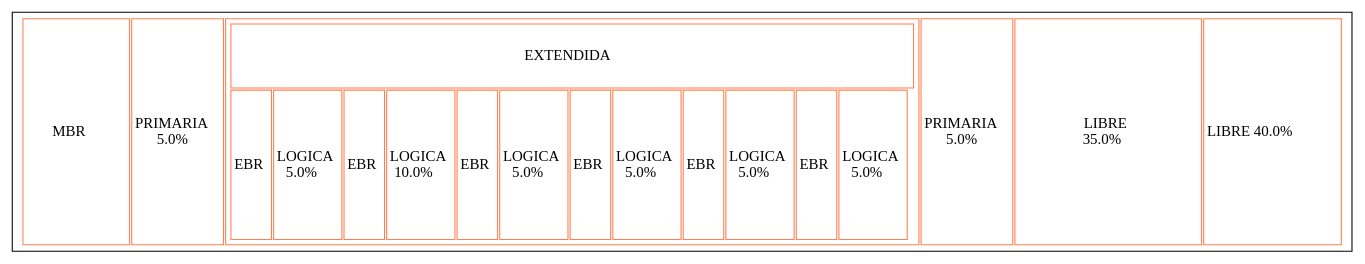
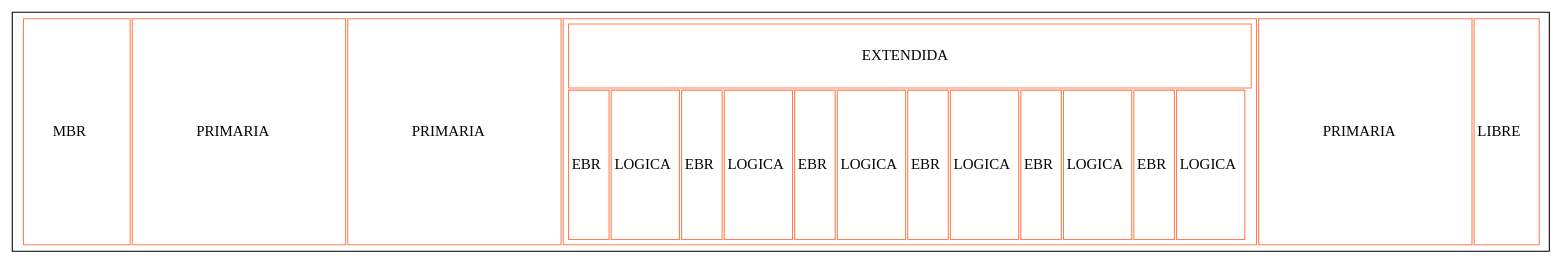
The diagram in graficaDisco.dot (xJosee/SistemaArchivos), drawn with Graphviz before and after one commit. The commit also changed 4 other files, not shown here.

```diff
--- a/graficaDisco.dot
+++ b/graficaDisco.dot
@@ -1,35 +1,34 @@
 digraph G{
   tbl [
     shape=box
     label=<
      <table border='0' cellborder='1' width='600' height='200' color='coral'>
      <tr>
-     <td height='200' width='100'> MBR </td>
-     <td height='200' width='25.0'>PRIMARIA <br/>  5.0%</td>
-     <td  height='200' width='50.0'>
-     <table border='0'  height='200' WIDTH='50.0' cellborder='1'>
+     <td  cellspacing= '0' height='200' width='100'> MBR </td>
+     <td cellspacing= '0' height='200' width='200'>PRIMARIA </td>
+     <td cellspacing= '0' height='200' width='200'>PRIMARIA </td>
+     <td cellspacing= '0' height='200' width='200'>
+     <table border='0'  height='200' WIDTH='200' cellborder='1'>
      <tr>  <td height='60' colspan='15'>EXTENDIDA</td>  </tr>
      <tr>
-     <td height='140'>EBR</td>
-     <td height='140'>LOGICA<br/> 5.0%</td>
-     <td height='140'>EBR</td>
-     <td height='140'>LOGICA<br/> 10.0%</td>
-     <td height='140'>EBR</td>
-     <td height='140'>LOGICA<br/> 5.0%</td>
-     <td height='140'>EBR</td>
-     <td height='140'>LOGICA<br/> 5.0%</td>
-     <td height='140'>EBR</td>
-     <td height='140'>LOGICA<br/> 5.0%</td>
-     <td height='140'>EBR</td>
-     <td height='140'>LOGICA<br/> 5.0%</td>
+     <td cellspacing= '0' height='140'>EBR</td>
+     <td cellspacing= '0' height='140'>LOGICA</td>
+     <td cellspacing= '0' height='140'>EBR</td>
+     <td cellspacing= '0' height='140'>LOGICA</td>
+     <td cellspacing= '0' height='140'>EBR</td>
+     <td cellspacing= '0' height='140'>LOGICA</td>
+     <td cellspacing= '0' height='140'>EBR</td>
+     <td cellspacing= '0' height='140'>LOGICA</td>
+     <td cellspacing= '0' height='140'>EBR</td>
+     <td cellspacing= '0' height='140'>LOGICA</td>
+     <td cellspacing= '0' height='140'>EBR</td>
+     <td cellspacing= '0' height='140'>LOGICA</td>
      </tr>
      </table>
      </td>
-     <td height='200' width='25.0'>PRIMARIA <br/>  5.0%</td>
-     <td height='200' width='175.0'>LIBRE<br/>  35.0%</td>
-     <td height='200'> LIBRE 40.0%
-     </td>     </tr> 
+     <td cellspacing= '0' height='200' width='200'>PRIMARIA </td>
+     <td height='200'> LIBRE </td>     </tr> 
      </table>        
 >];
 
 }
```
